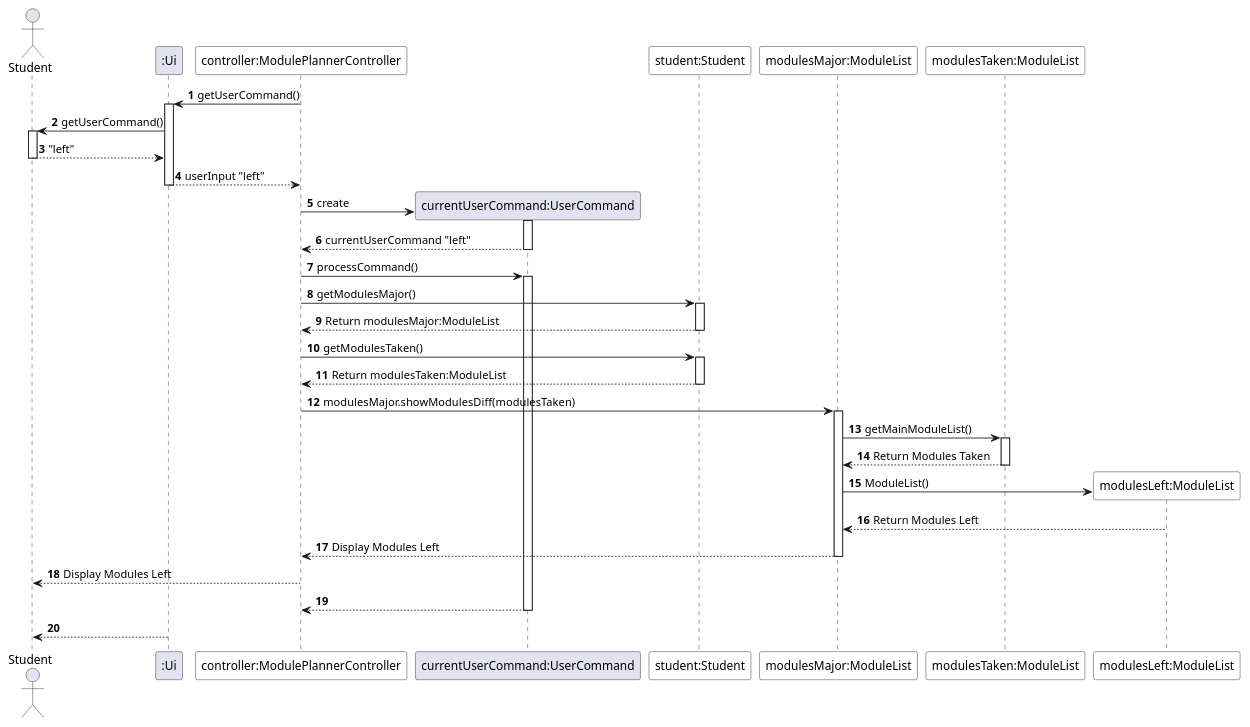
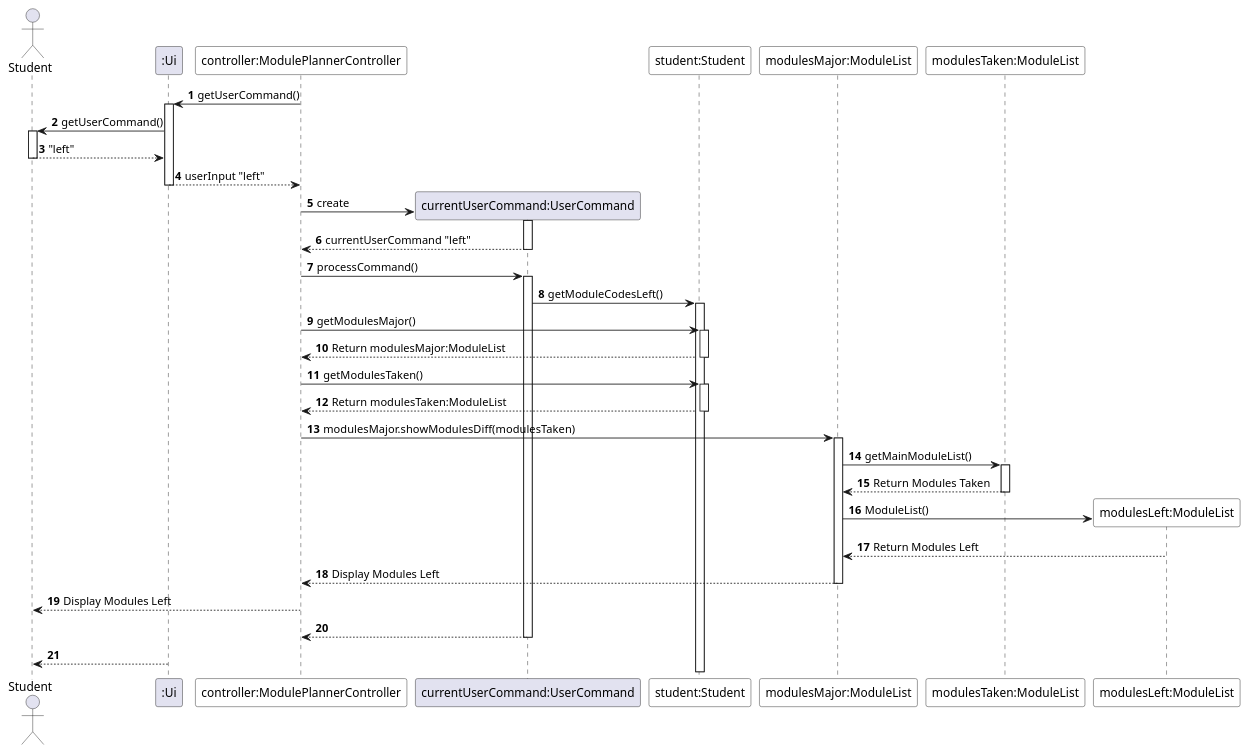
One commit to ryanlohyr/NUSDegs changed the diagram in docs/diagrams/LeftFeature.puml. Above: the diagram before and after it, drawn with PlantUML. The commit also changed 2 other files, not shown here.

```diff
--- a/docs/diagrams/LeftFeature.puml
+++ b/docs/diagrams/LeftFeature.puml
@@ -1,66 +1,73 @@
 @startuml
 'https://plantuml.com/sequence-diagram
 
 autonumber
 autoactivate on
 
 actor Student
 
 participant ":Ui" as UI
 participant "controller:ModulePlannerController" as A #white
 
 participant "currentUserCommand:UserCommand" as UC
 participant "student:Student" as S #white
 participant "modulesMajor:ModuleList" as M #white
 participant "modulesTaken:ModuleList" as T #white
 participant "modulesLeft:ModuleList" as L #white
 
 
 'A -> A: handleUserInputTillExitCommand
 
 'Student -> UI:
 
 A -> UI: getUserCommand()
 UI -> Student: getUserCommand()
 Student --> UI: "left"
 UI --> A: userInput "left"
 
 A -> UC **: create
 activate UC
 UC --> A: currentUserCommand "left"
 
 A -> UC: processCommand()
+
+UC -> S: getModuleCodesLeft()
+
+
+
+
+
 
 A -> S: getModulesMajor()
 
 S --> A: Return modulesMajor:ModuleList
 
 
 A -> S: getModulesTaken()
 
 S --> A: Return modulesTaken:ModuleList
 
 
 A -> M: modulesMajor.showModulesDiff(modulesTaken)
 
 
 M -> T: getMainModuleList()
 
 T --> M: Return Modules Taken
 
 
 
 
 M -> L **: ModuleList()
 L --> M: Return Modules Left
 
 
 A <-- M: Display Modules Left
 
 
 Student <-- A: Display Modules Left
 
 UC --> A
 
 UI --> Student
 @enduml
```
